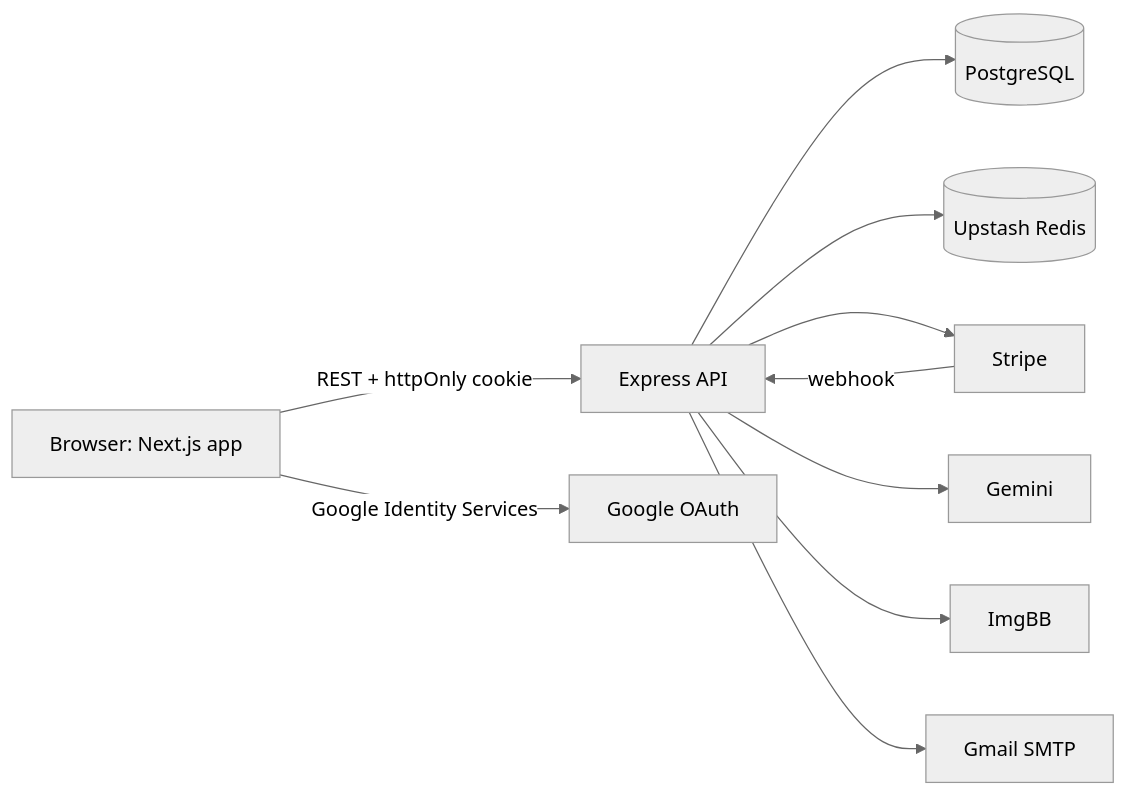
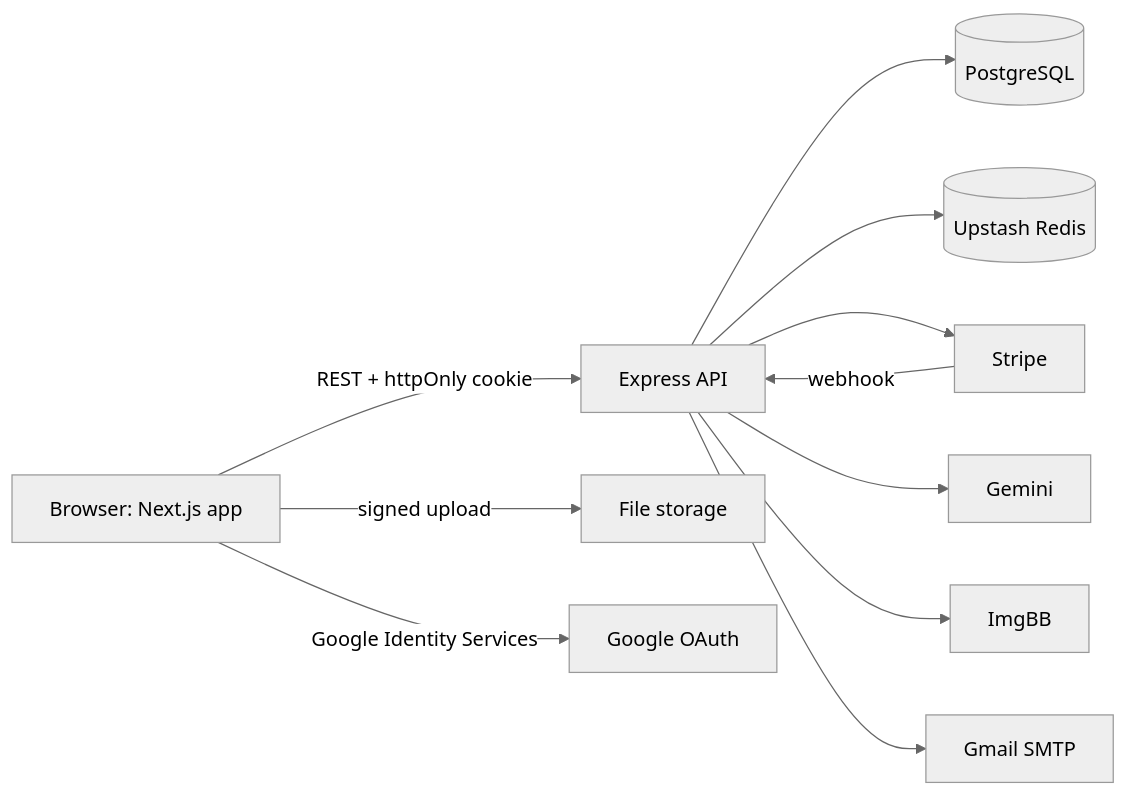
One commit to ShantoSarkar34/nexora-marketplace changed the first of 3 diagrams in README.md. Above: the diagram before and after it, drawn with Mermaid (neutral theme). The commit also changed other lines of this file, not shown here.

````diff
--- a/README.md
+++ b/README.md
@@ -132,12 +138,13 @@
 ```mermaid
 flowchart LR
     B[Browser: Next.js app] -->|REST + httpOnly cookie| API[Express API]
     API --> DB[(PostgreSQL)]
     API --> R[(Upstash Redis)]
     API --> S[Stripe]
     API --> G[Gemini]
     API --> I[ImgBB]
     API --> M[Gmail SMTP]
     S -->|webhook| API
+    B -->|signed upload| F[File storage]
     B -->|Google Identity Services| GO[Google OAuth]
 ```
````
